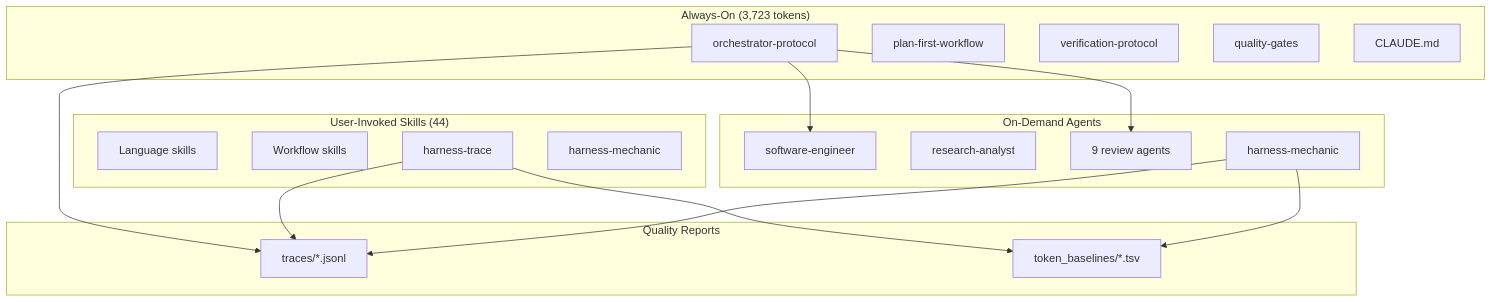
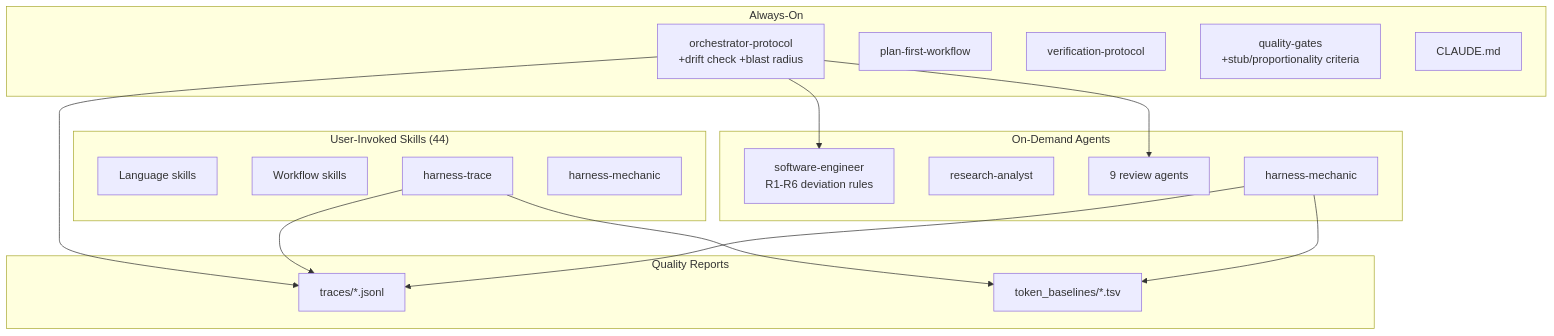
One commit to maroffo/claude-forge changed the diagram in LEARNING.md. Above: the diagram before and after it, drawn with Mermaid. The commit also changed other lines of this file and 4 other files, not shown here.

````diff
--- a/LEARNING.md
+++ b/LEARNING.md
@@ -12,37 +12,37 @@
 ```mermaid
 graph TD
-    subgraph "Always-On (3,723 tokens)"
-        R1[orchestrator-protocol]
+    subgraph "Always-On"
+        R1[orchestrator-protocol<br/>+drift check +blast radius]
         R2[plan-first-workflow]
         R3[verification-protocol]
-        R4[quality-gates]
+        R4[quality-gates<br/>+stub/proportionality criteria]
         CM[CLAUDE.md]
     end
 
     subgraph "On-Demand Agents"
-        SE[software-engineer]
+        SE[software-engineer<br/>R1-R6 deviation rules]
         RA[research-analyst]
         REV[9 review agents]
         HM[harness-mechanic]
     end
 
     subgraph "User-Invoked Skills (44)"
         LANG[Language skills]
         WORK[Workflow skills]
         HT[harness-trace]
         HMK[harness-mechanic]
     end
 
     subgraph "Quality Reports"
         TR[traces/*.jsonl]
         TB[token_baselines/*.tsv]
     end
 
     R1 --> SE
     R1 --> REV
     R1 --> TR
     HT --> TR
     HT --> TB
     HM --> TR
     HM --> TB
 ```
````
